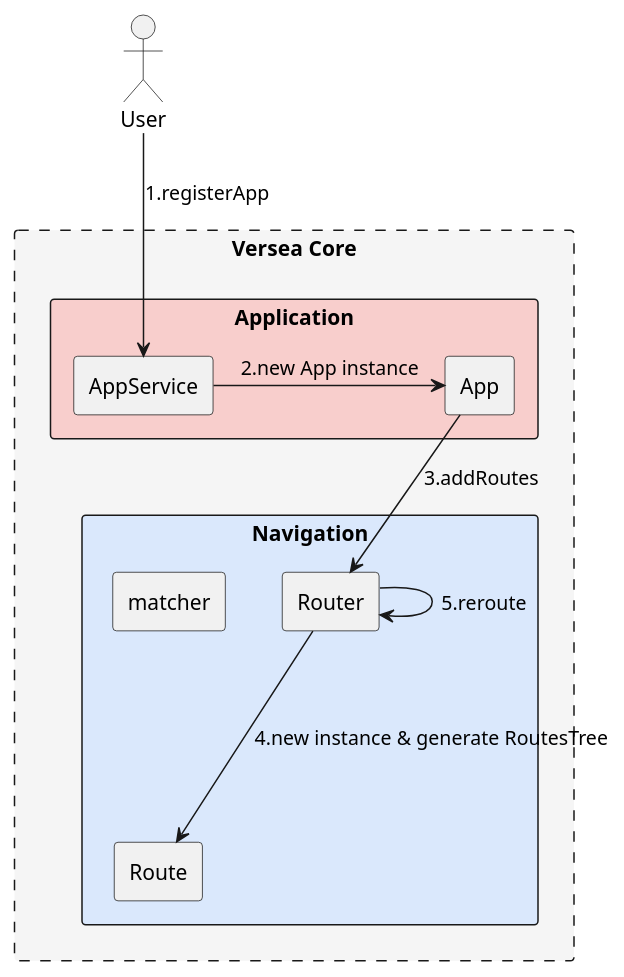
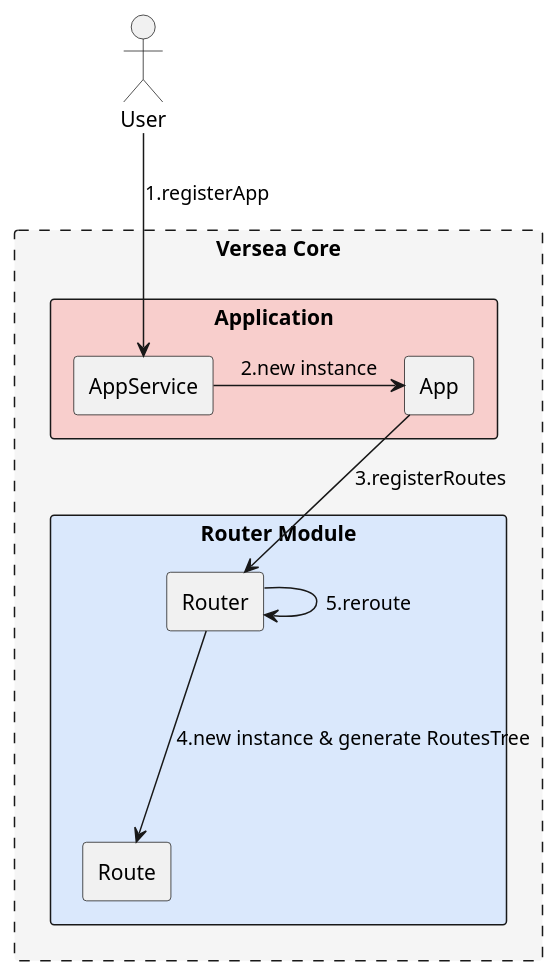
One commit to shmli/versea-tech-design changed the first of 2 diagrams in main/main.md. Above: the diagram before and after it, drawn with PlantUML. The commit also changed other lines of this file and 3 other files, not shown here.

````diff
--- a/main/main.md
+++ b/main/main.md
@@ -43,21 +7,20 @@
 ```plantuml
 @startuml
 actor User
 rectangle "Versea Core" #F5F5F5;line.dashed {
   rectangle "Application" #F8CECC {
     rectangle "AppService"
     rectangle "App"
-    AppService -> App: 2.new App instance
+    AppService -> App: 2.new instance
   }
-  rectangle "Navigation" #DAE8FC {
+  rectangle "Router Module" #DAE8FC {
     rectangle "Router"
-    rectangle "matcher"
     rectangle "Route"
     Router --down-> Route: 4.new instance & generate RoutesTree
     Router -> Router: 5.reroute
   }
-  App --> Router: 3.addRoutes
+  App --> Router: 3.registerRoutes
 }
 User --> AppService: 1.registerApp
 @enduml
 ```
````
